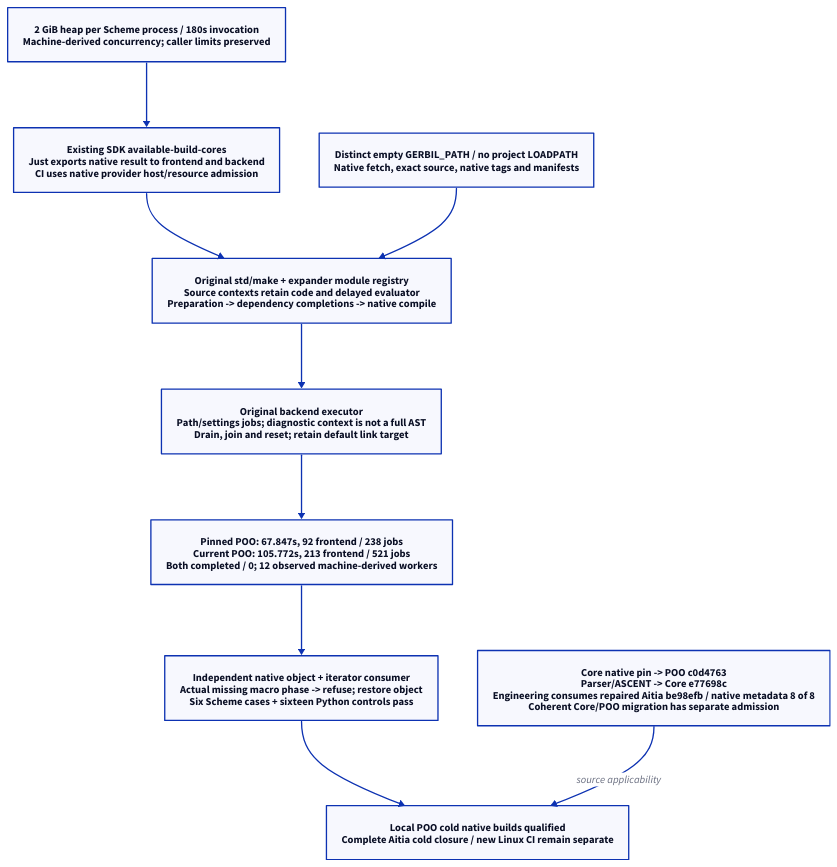
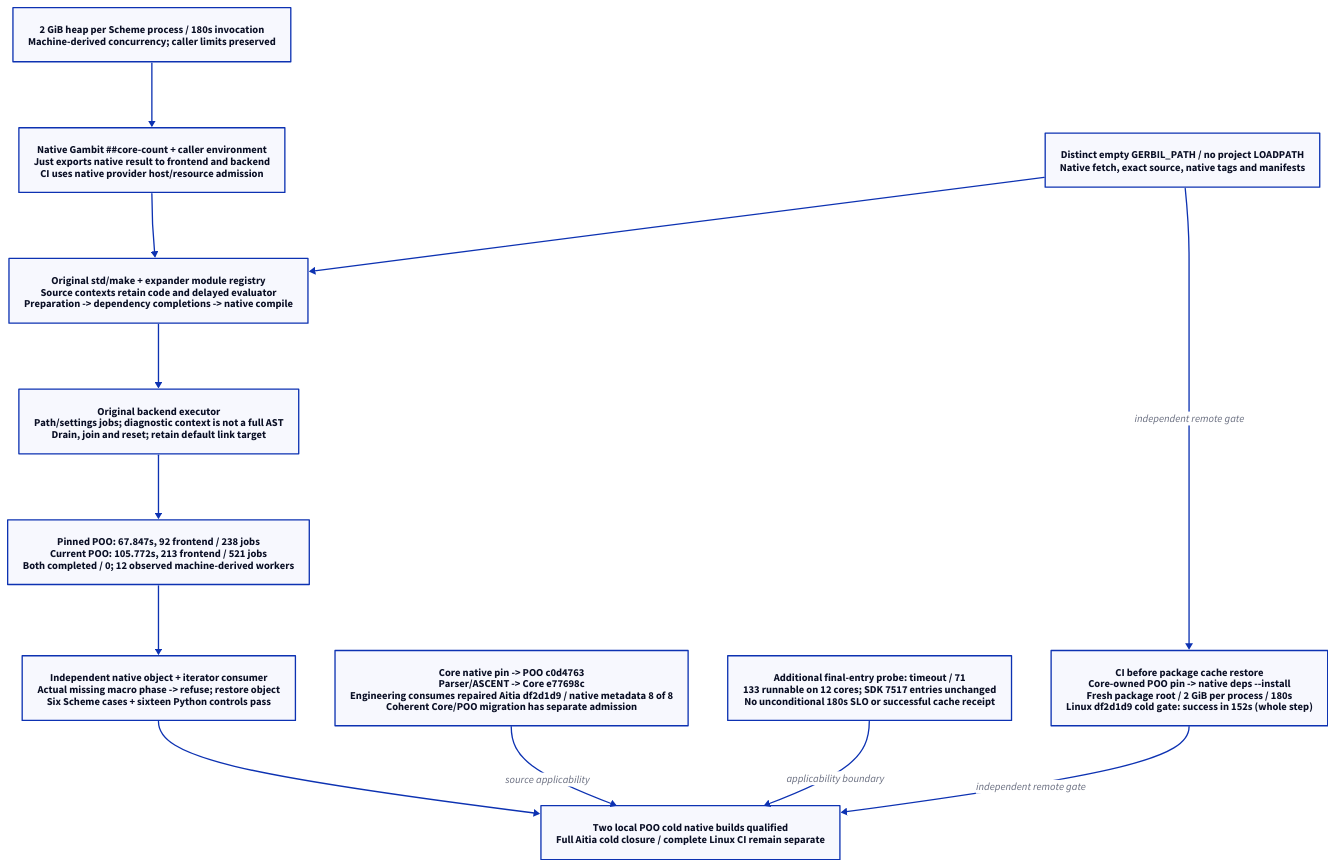
One commit to hardenedlinux/deterministic-engineering changed the diagram in docs/90-99-views/90-architecture-views/90.116-machine-derived-native-build-concurrency.d2. Above: the diagram before and after it, drawn with D2. The commit also changed 6 other files, not shown here.

Commit message:
build: qualify portable native concurrency and uncached Linux POO gate

```diff
--- a/docs/90-99-views/90-architecture-views/90.116-machine-derived-native-build-concurrency.d2
+++ b/docs/90-99-views/90-architecture-views/90.116-machine-derived-native-build-concurrency.d2
@@ -1,17 +1,23 @@
 # org-target: docs/10-19-design/10-architecture/10.127-machine-derived-native-build-concurrency.org::#native127-scope
 # render-layout: elk; theme: 0; pad: 24
 direction: down
 contract: "2 GiB heap per Scheme process / 180s invocation\nMachine-derived concurrency; caller limits preserved"
-query: "Existing SDK available-build-cores\nJust exports native result to frontend and backend\nCI uses native provider host/resource admission"
+query: "Native Gambit ##core-count + caller environment\nJust exports native result to frontend and backend\nCI uses native provider host/resource admission"
 inputs: "Distinct empty GERBIL_PATH / no project LOADPATH\nNative fetch, exact source, native tags and manifests"
 make: "Original std/make + expander module registry\nSource contexts retain code and delayed evaluator\nPreparation -> dependency completions -> native compile"
 queue: "Original backend executor\nPath/settings jobs; diagnostic context is not a full AST\nDrain, join and reset; retain default link target"
 build: "Pinned POO: 67.847s, 92 frontend / 238 jobs\nCurrent POO: 105.772s, 213 frontend / 521 jobs\nBoth completed / 0; 12 observed machine-derived workers"
 consumer: "Independent native object + iterator consumer\nActual missing macro phase -> refuse; restore object\nSix Scheme cases + sixteen Python controls pass"
-cohort: "Core native pin -> POO c0d4763\nParser/ASCENT -> Core e77698c\nEngineering consumes repaired Aitia be98efb / native metadata 8 of 8\nCoherent Core/POO migration has separate admission"
-receipt: "Local POO cold native builds qualified\nComplete Aitia cold closure / new Linux CI remain separate"
+cohort: "Core native pin -> POO c0d4763\nParser/ASCENT -> Core e77698c\nEngineering consumes repaired Aitia df2d1d9 / native metadata 8 of 8\nCoherent Core/POO migration has separate admission"
+receipt: "Two local POO cold native builds qualified\nFull Aitia cold closure / complete Linux CI remain separate"
+contention: "Additional final-entry probe: timeout / 71\n133 runnable on 12 cores; SDK 7517 entries unchanged\nNo unconditional 180s SLO or successful cache receipt"
 contract -> query
 query -> make
 inputs -> make
 make -> queue -> build -> consumer -> receipt
 cohort -> receipt: "source applicability"
+
+contention -> receipt: "applicability boundary"
+
+remote: "CI before package cache restore\nCore-owned POO pin -> native deps --install\nFresh package root / 2 GiB per process / 180s\nLinux df2d1d9 cold gate: success in 152s (whole step)"
+inputs -> remote -> receipt: "independent remote gate"
```
